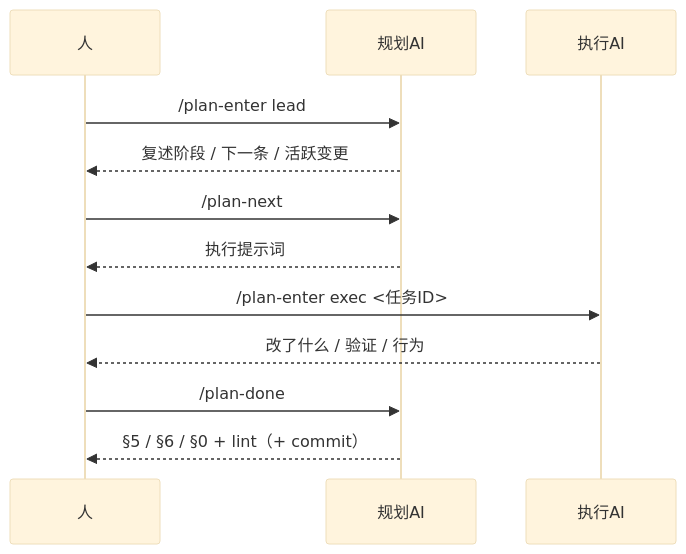
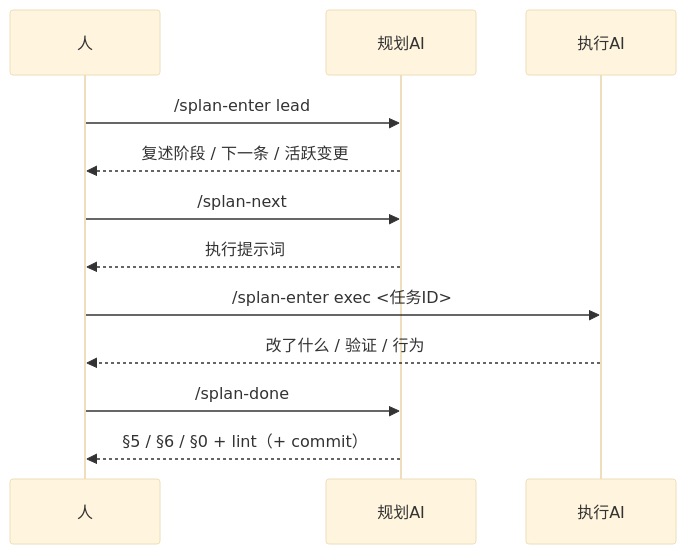
The second of 3 diagrams in 个人/AI工具集/261029AI工具集规划.md (Siaiai/ObsidianNote), drawn with Mermaid (base theme) before and after one commit. The commit also changed other lines of this file, not shown here.

````diff
--- a/个人/AI工具集/261029AI工具集规划.md
+++ b/个人/AI工具集/261029AI工具集规划.md
@@ -138,14 +139,14 @@
 ```mermaid
 sequenceDiagram
     participant 人
     participant L as 规划AI
     participant E as 执行AI
-    人->>L: /plan-enter lead
+    人->>L: /splan-enter lead
     L-->>人: 复述阶段 / 下一条 / 活跃变更
-    人->>L: /plan-next
+    人->>L: /splan-next
     L-->>人: 执行提示词
-    人->>E: /plan-enter exec <任务ID>
+    人->>E: /splan-enter exec <任务ID>
     E-->>人: 改了什么 / 验证 / 行为
-    人->>L: /plan-done
+    人->>L: /splan-done
     L-->>人: §5 / §6 / §0 + lint（+ commit）
 ```
````
